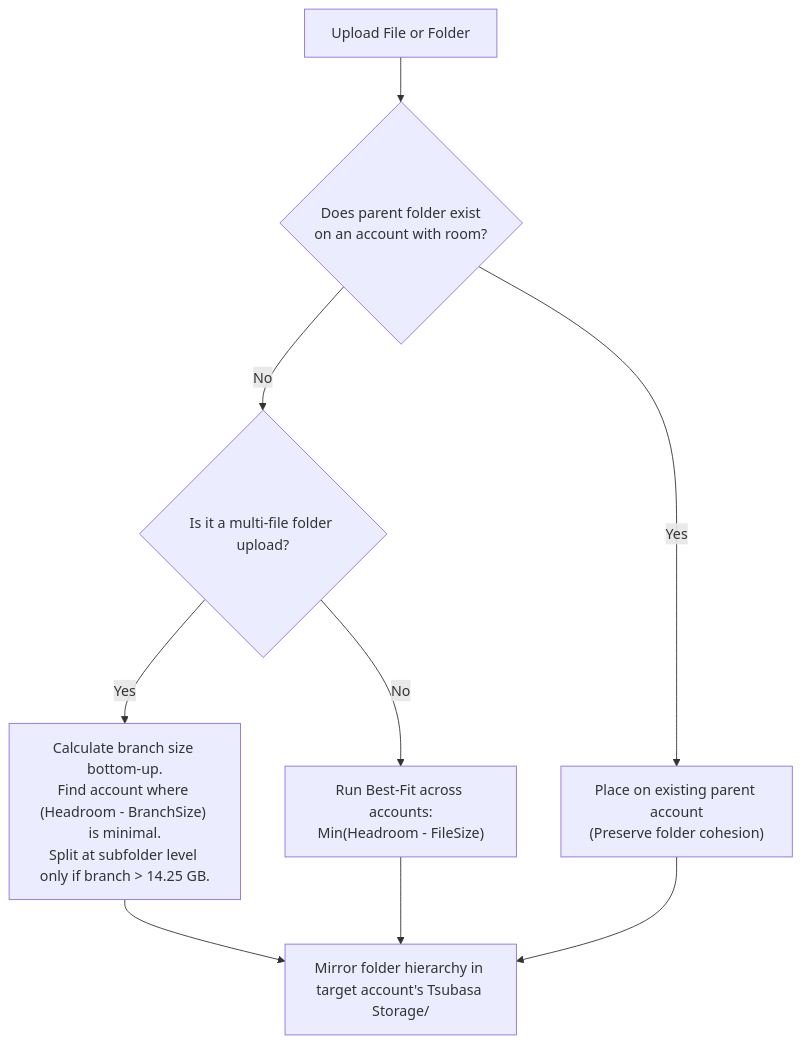
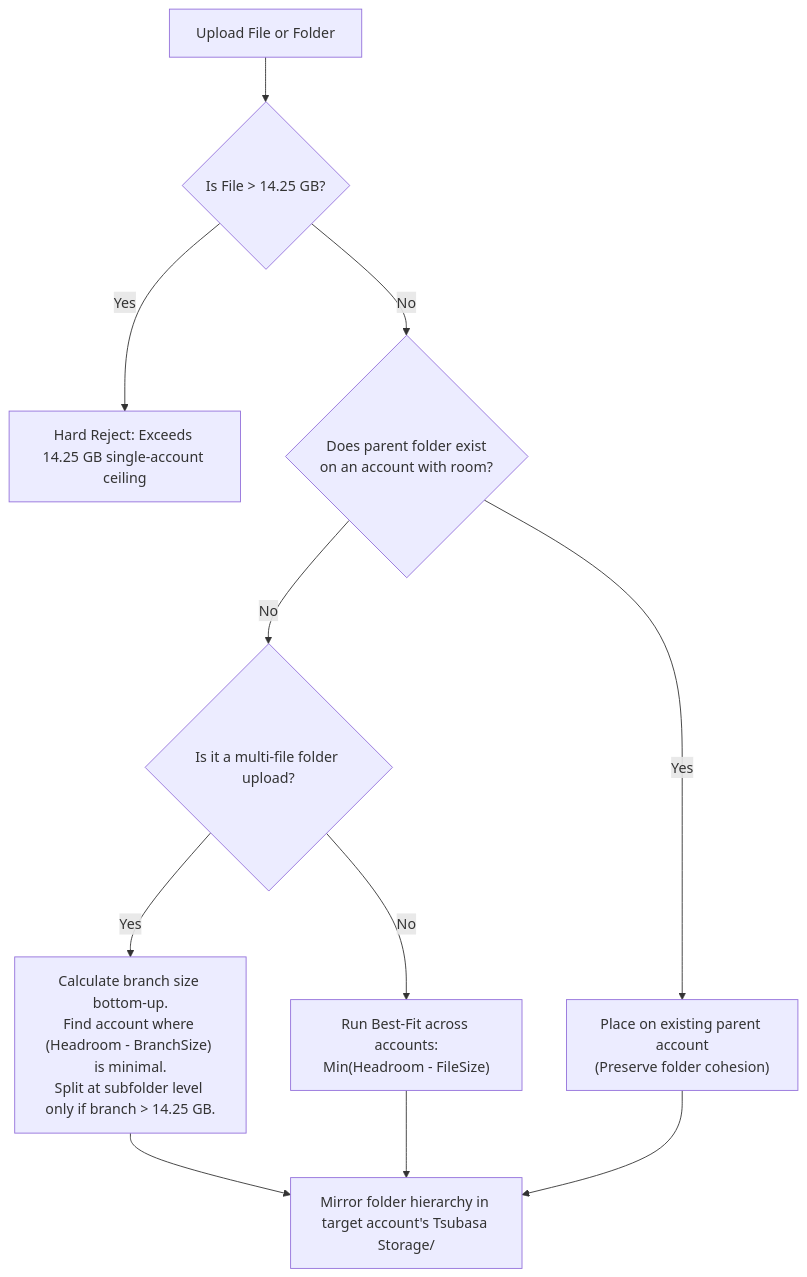
Before and after one commit to 4163/tsubasa-cloud: the second of 3 diagrams in .agents/roadmap.md, drawn with Mermaid. The commit also changed other lines of this file, not shown here.

First line of the commit message:
Docs: add upload size limits and over-ceiling handling

````diff
--- a/.agents/roadmap.md
+++ b/.agents/roadmap.md
@@ -86,11 +86,13 @@
 ```mermaid
 flowchart TD
-    Upload["Upload File or Folder"] --> HasParent{"Does parent folder exist<br/>on an account with room?"}
+    Upload["Upload File or Folder"] --> SizeCheck{"Is File > 14.25 GB?"}
+    SizeCheck -- Yes --> Reject["Hard Reject: Exceeds 14.25 GB single-account ceiling"]
+    SizeCheck -- No --> HasParent{"Does parent folder exist<br/>on an account with room?"}
     HasParent -- Yes --> PlaceAffinity["Place on existing parent account<br/>(Preserve folder cohesion)"]
     HasParent -- No --> BatchCheck{"Is it a multi-file folder upload?"}
     BatchCheck -- Yes --> BottomUp["Calculate branch size bottom-up.<br/>Find account where (Headroom - BranchSize) is minimal.<br/>Split at subfolder level only if branch > 14.25 GB."]
     BatchCheck -- No --> SingleBestFit["Run Best-Fit across accounts:<br/>Min(Headroom - FileSize)"]
     BottomUp --> Mirror["Mirror folder hierarchy in target account's Tsubasa Storage/"]
     SingleBestFit --> Mirror
     PlaceAffinity --> Mirror
 ```
````
